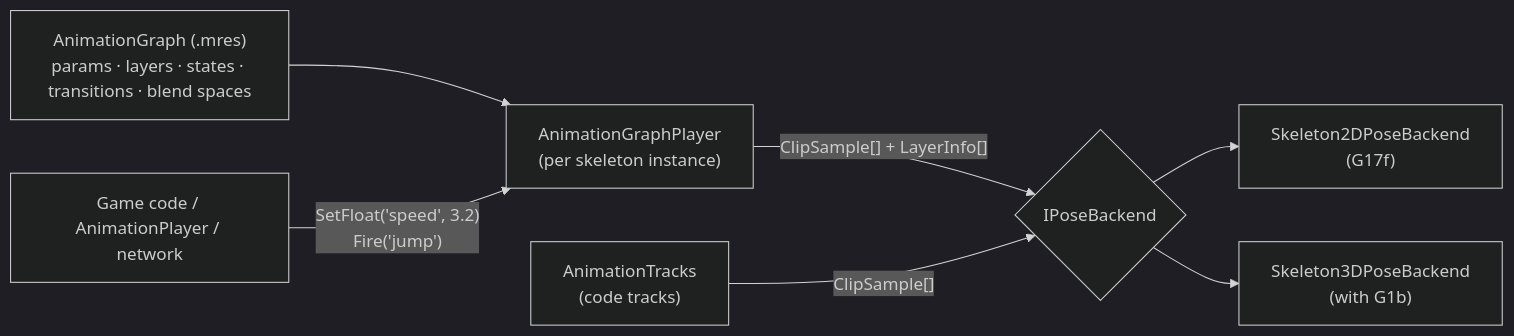
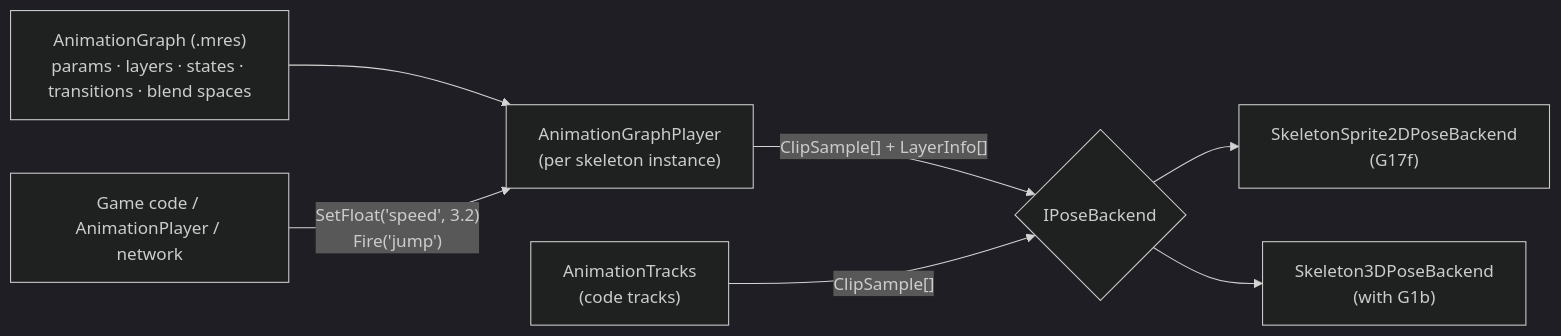
One commit to Mainframe-Games/mainframe-engine changed the diagram in docs/design/future/animation-graph.md. Above: the diagram before and after it, drawn with Mermaid (dark theme). The commit also changed other lines of this file and 22 other files, not shown here.

````diff
--- a/docs/design/future/animation-graph.md
+++ b/docs/design/future/animation-graph.md
@@ -57,9 +57,9 @@
 ```mermaid
 flowchart LR
     G["AnimationGraph (.mres)<br/>params · layers · states · transitions · blend spaces"] --> P
     C["Game code / AnimationPlayer / network"] -->|"SetFloat('speed', 3.2)<br/>Fire('jump')"| P["AnimationGraphPlayer<br/>(per skeleton instance)"]
     P -->|"ClipSample[] + LayerInfo[]"| B{"IPoseBackend"}
     T["AnimationTracks<br/>(code tracks)"] -->|"ClipSample[]"| B
-    B --> S2["Skeleton2DPoseBackend<br/>(G17f)"]
+    B --> S2["SkeletonSprite2DPoseBackend<br/>(G17f)"]
     B --> S3["Skeleton3DPoseBackend<br/>(with G1b)"]
 ```
````
